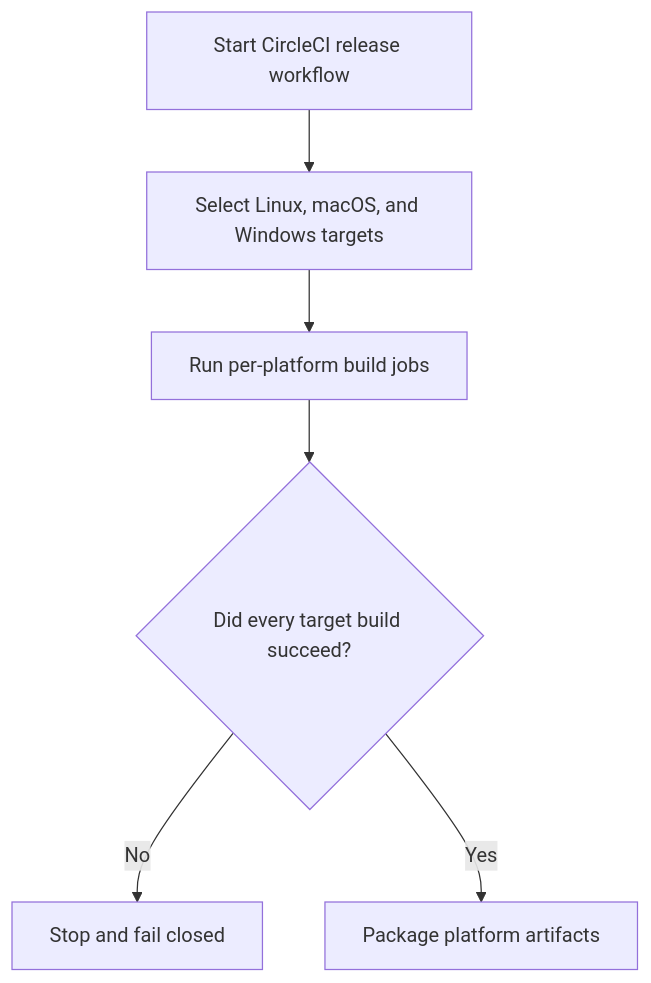
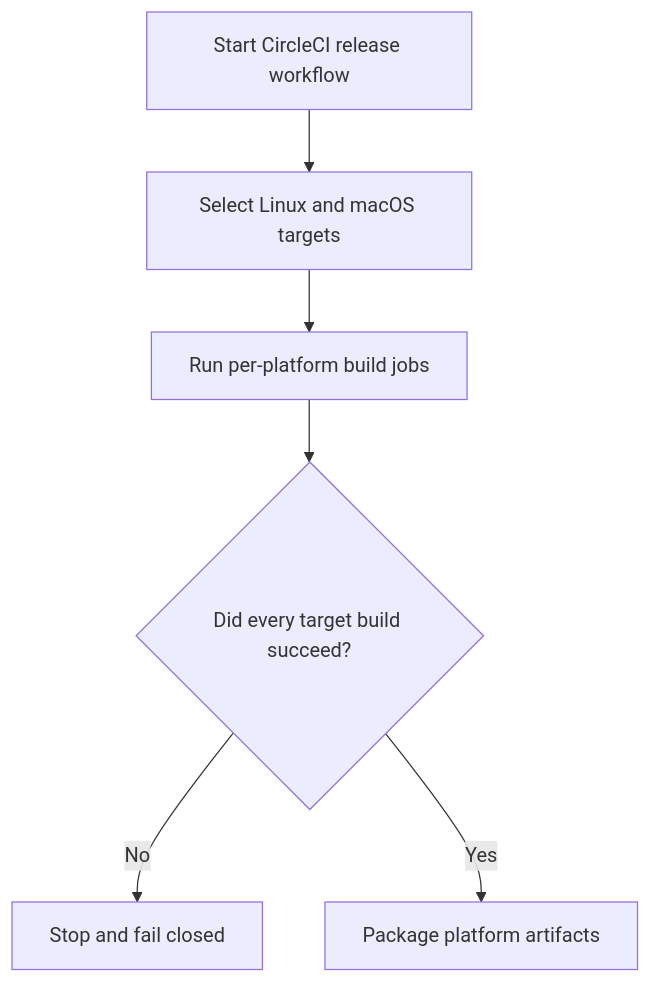
The first of 3 diagrams in flowcharts/cross-platform-build-distribution.md (vivekvedant/prune-guard), drawn with Mermaid before and after one commit. The commit also changed other lines of this file and 8 other files, not shown here.

````diff
--- a/flowcharts/cross-platform-build-distribution.md
+++ b/flowcharts/cross-platform-build-distribution.md
@@ -7,8 +7,8 @@
 ```mermaid
 flowchart TD
-    A[Start CircleCI release workflow] --> B[Select Linux, macOS, and Windows targets]
+    A[Start CircleCI release workflow] --> B[Select Linux and macOS targets]
     B --> C[Run per-platform build jobs]
     C --> D{Did every target build succeed?}
     D -- No --> E[Stop and fail closed]
     D -- Yes --> F[Package platform artifacts]
 ```
````
